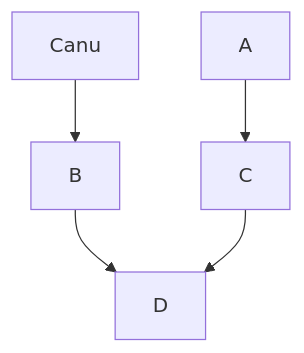
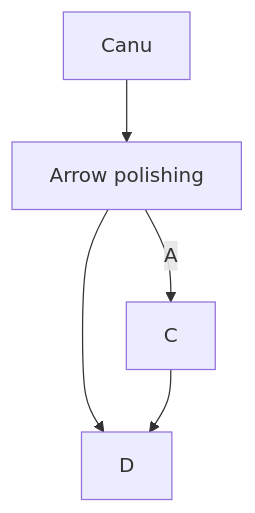
One commit to Luming-L/NGG changed the third of 3 diagrams in presentation.md. Above: the diagram before and after it, drawn with Mermaid. The commit also changed other lines of this file, not shown here.

````diff
--- a/presentation.md
+++ b/presentation.md
@@ -162,7 +162,8 @@
 ```mermaid
 graph TD
-Canu-->B
+A[Canu]-->B[Arrow polishing]--
+
 A-->C
 B-->D
 C-->D
 ```
````
